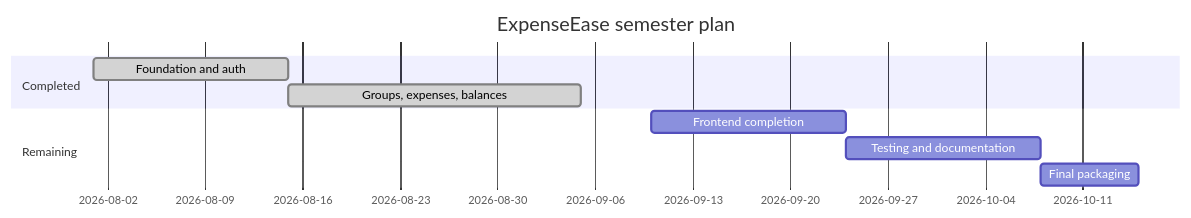
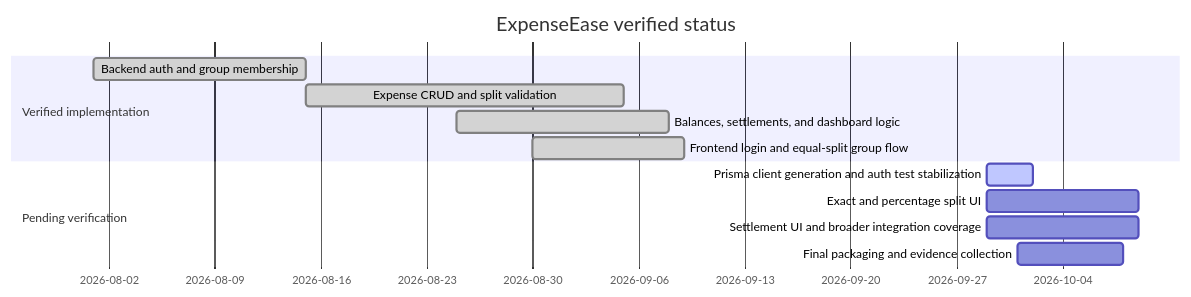
Before and after one commit to shreesriv12/ExpenseEase: the diagram in docs/06_Project_Management/Project_Plan.md, drawn with Mermaid. The commit also changed other lines of this file and 6 other files, not shown here.

Commit message:
docs: replace placeholders with verified status

````diff
--- a/docs/06_Project_Management/Project_Plan.md
+++ b/docs/06_Project_Management/Project_Plan.md
@@ -3,12 +3,15 @@
 ```mermaid
 gantt
- title ExpenseEase semester plan
+ title ExpenseEase verified status
  dateFormat YYYY-MM-DD
- section Completed
- Foundation and auth :done, 2026-08-01, 14d
- Groups, expenses, balances :done, 2026-08-15, 21d
- section Remaining
- Frontend completion :2026-09-10, 14d
- Testing and documentation :2026-09-24, 14d
- Final packaging :2026-10-08, 7d
+ section Verified implementation
+ Backend auth and group membership :done, 2026-08-01, 14d
+ Expense CRUD and split validation :done, 2026-08-15, 21d
+ Balances, settlements, and dashboard logic :done, 2026-08-25, 14d
+ Frontend login and equal-split group flow :done, 2026-08-30, 10d
+ section Pending verification
+ Prisma client generation and auth test stabilization :active, 2026-09-29, 3d
+ Exact and percentage split UI :pending, 2026-09-29, 10d
+ Settlement UI and broader integration coverage :pending, 2026-09-29, 10d
+ Final packaging and evidence collection :pending, 2026-10-01, 7d
 ```
````
